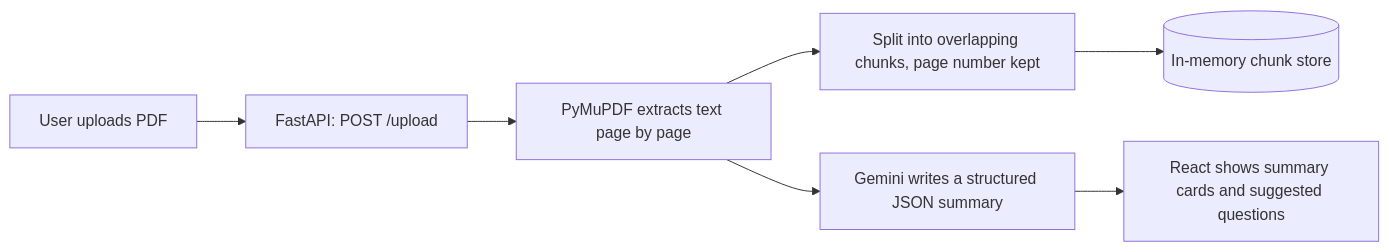
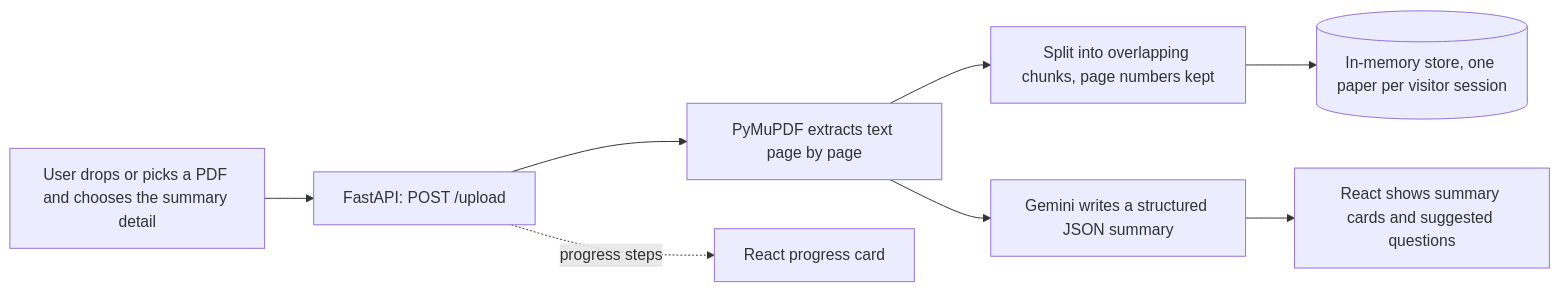
The first of 2 diagrams in README.md (Isla19/pdf-research-assistant), drawn with Mermaid before and after one commit. The commit also changed other lines of this file and 1 other file, not shown here.

Commit message:
Final polish: suggested questions prompt and README structure

````diff
--- a/README.md
+++ b/README.md
@@ -23,9 +27,10 @@
 ```mermaid
 flowchart LR
-    A["User uploads PDF"] --> B["FastAPI: POST /upload"]
+    A["User drops or picks a PDF and chooses the summary detail"] --> B["FastAPI: POST /upload"]
     B --> C["PyMuPDF extracts text page by page"]
-    C --> D["Split into overlapping chunks, page number kept"]
+    C --> D["Split into overlapping chunks, page numbers kept"]
     C --> E["Gemini writes a structured JSON summary"]
-    D --> F[("In-memory chunk store")]
-    E --> G["React shows summary cards and suggested questions"]
+    D --> F[("In-memory store, one paper per visitor session")]
+    B -.->|progress steps| G["React progress card"]
+    E --> H["React shows summary cards and suggested questions"]
 ```
````
